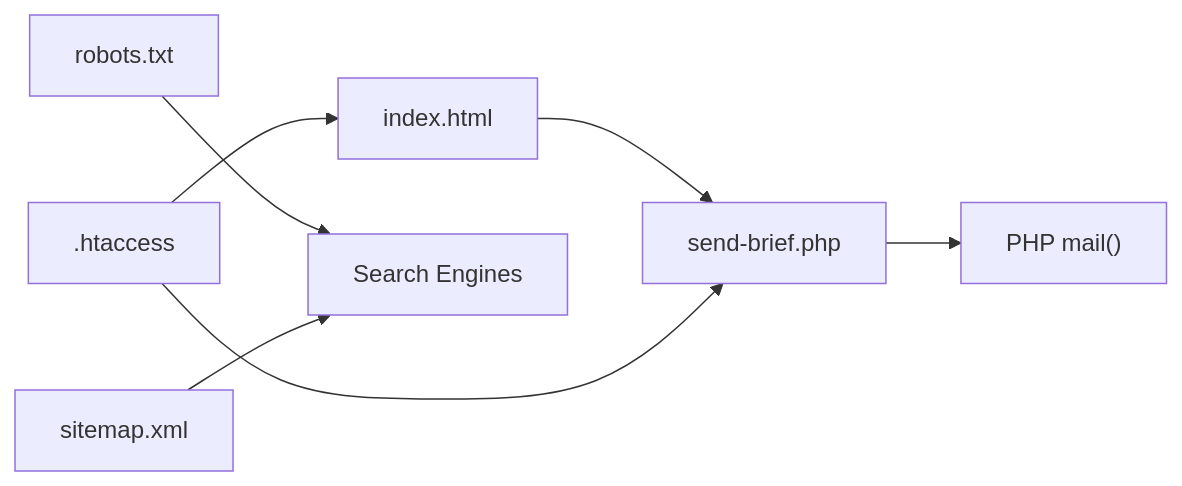
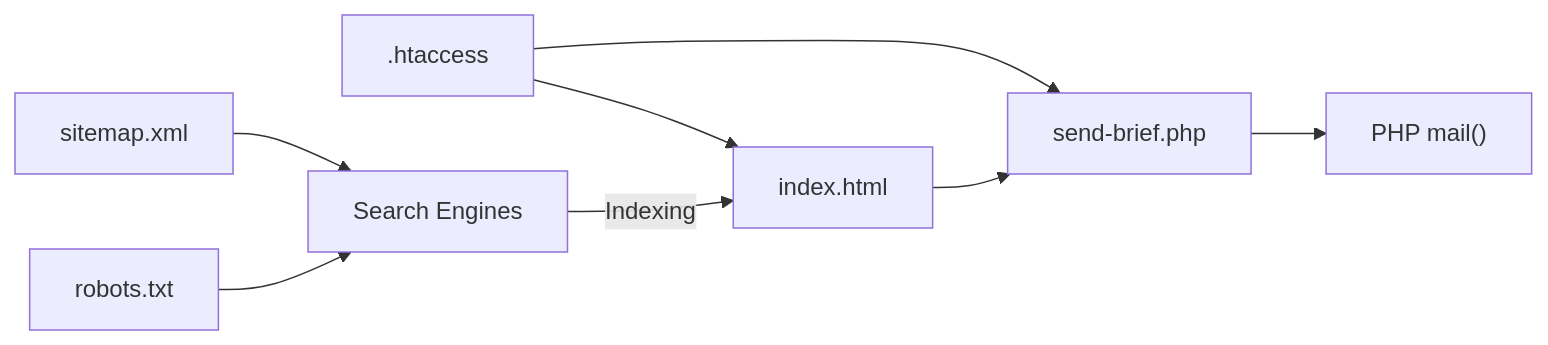
One commit to Vostrikov2014/emoo changed the third of 3 diagrams in .qoder/repowiki/en/content/Deployment Checklist.md. Above: the diagram before and after it, drawn with Mermaid. The commit also changed other lines of this file and 14 other files, not shown here.

````diff
--- a/.qoder/repowiki/en/content/Deployment Checklist.md
+++ b/.qoder/repowiki/en/content/Deployment Checklist.md
@@ -255,9 +298,10 @@
 ```mermaid
 graph LR
 I["index.html"] --> P["send-brief.php"]
 P --> M["PHP mail()"]
 A[".htaccess"] --> I
 A --> P
 R["robots.txt"] --> SE["Search Engines"]
 S["sitemap.xml"] --> SE
+SE --> |Indexing| I
 ```
````
